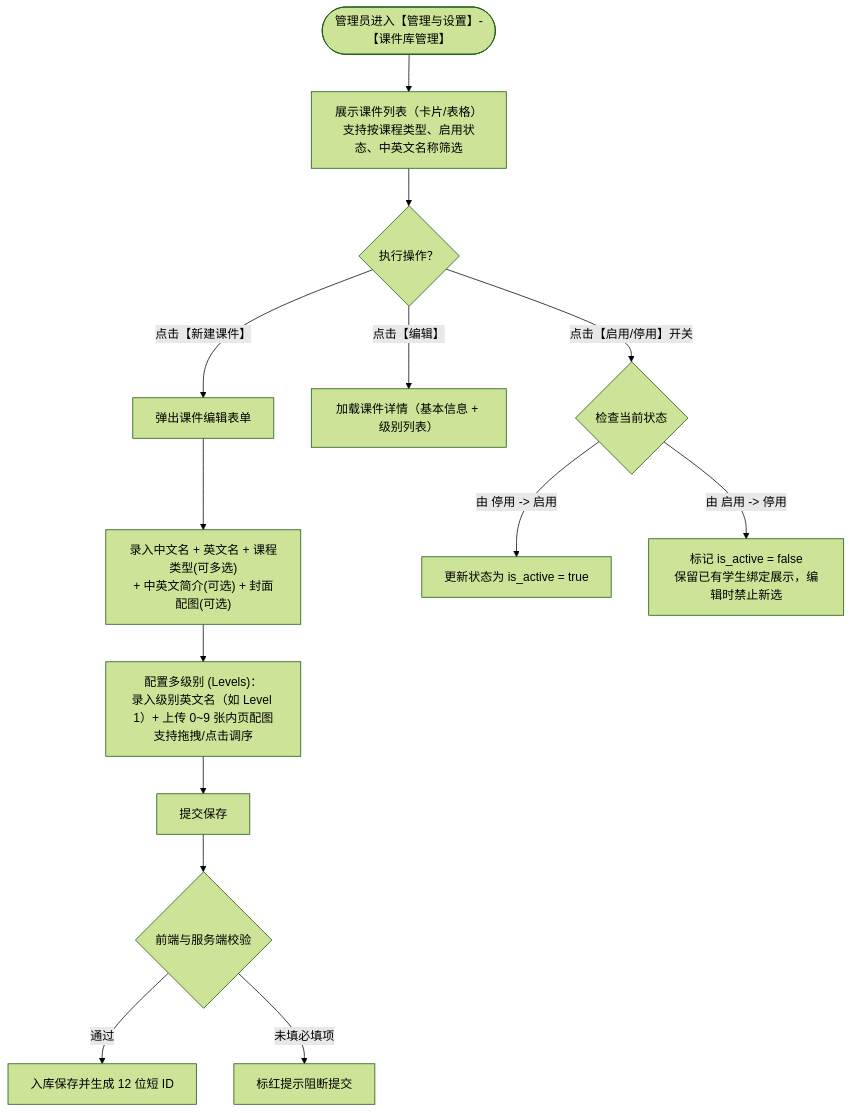
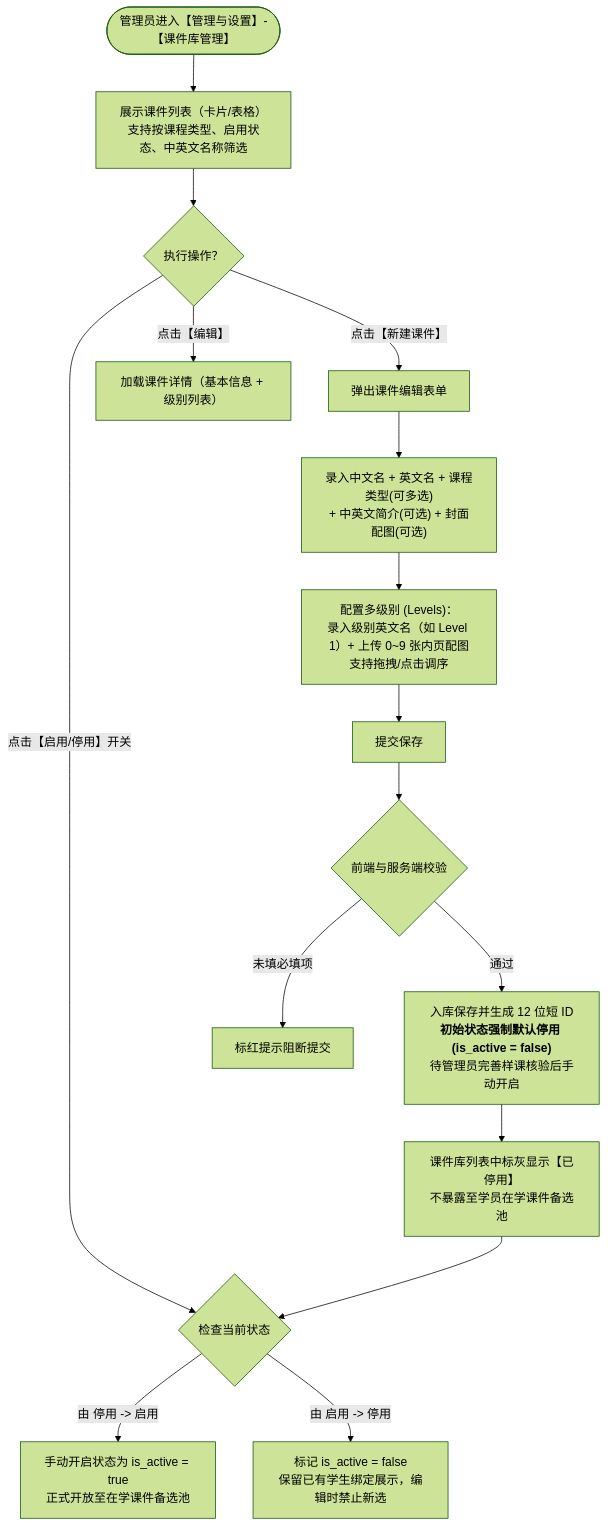
One commit to Onezao/dream changed the first of 3 diagrams in docs/prd/m1e_courseware.md. Above: the diagram before and after it, drawn with Mermaid (forest theme). The commit also changed other lines of this file and 32 other files, not shown here.

````diff
--- a/docs/prd/m1e_courseware.md
+++ b/docs/prd/m1e_courseware.md
@@ -62,20 +62,23 @@
 ```mermaid
 flowchart TD
     AdminStart(["管理员进入【管理与设置】-【课件库管理】"]) --> ListCourseware["展示课件列表（卡片/表格）<br/>支持按课程类型、启用状态、中英文名称筛选"]
     
     ListCourseware --> ActionChoice{"执行操作？"}
     
     ActionChoice -->|"点击【新建课件】"| OpenCreateModal["弹出课件编辑表单"]
     ActionChoice -->|"点击【编辑】"| OpenEditModal["加载课件详情（基本信息 + 级别列表）"]
     ActionChoice -->|"点击【启用/停用】开关"| ToggleActive{"检查当前状态"}
     
     OpenCreateModal --> InputBaseInfo["录入中文名 + 英文名 + 课程类型(可多选)<br/>+ 中英文简介(可选) + 封面配图(可选)"]
     InputBaseInfo --> ConfigureLevels["配置多级别 (Levels)：<br/>录入级别英文名（如 Level 1）+ 上传 0~9 张内页配图<br/>支持拖拽/点击调序"]
     ConfigureLevels --> SubmitCourseware["提交保存"]
     SubmitCourseware --> ValidatePass{"前端与服务端校验"}
-    ValidatePass -->|"通过"| SaveSuccess["入库保存并生成 12 位短 ID"]
+    ValidatePass -->|"通过"| SaveSuccess["入库保存并生成 12 位短 ID<br/><b>初始状态强制默认停用 (is_active = false)</b><br/>待管理员完善样课核验后手动开启"]
     ValidatePass -->|"未填必填项"| ShowError["标红提示阻断提交"]
     
-    ToggleActive -->|"由 停用 -> 启用"| DirectActive["更新状态为 is_active = true"]
+    SaveSuccess --> WaitReview["课件库列表中标灰显示【已停用】<br/>不暴露至学员在学课件备选池"]
+    WaitReview --> ToggleActive
+    
+    ToggleActive -->|"由 停用 -> 启用"| DirectActive["手动开启状态为 is_active = true<br/>正式开放至在学课件备选池"]
     ToggleActive -->|"由 启用 -> 停用"| SoftDeactivate["标记 is_active = false<br/>保留已有学生绑定展示，编辑时禁止新选"]
 ```
````
